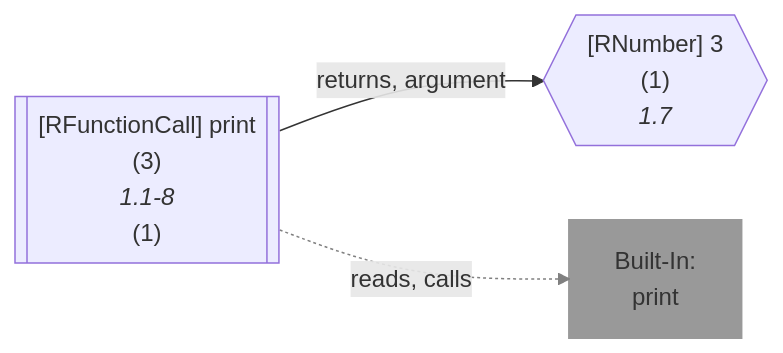
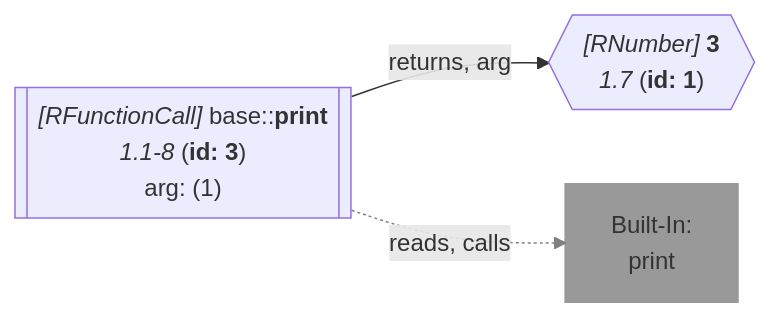
Before and after one commit to flowr-analysis/flowr: diagram 16 of 23 in wiki/Control Flow Graph.md, drawn with Mermaid. The commit also changed other lines of this file and 228 other files, not shown here.

````diff
--- a/wiki/Control Flow Graph.md
+++ b/wiki/Control Flow Graph.md
@@ -1037,17 +1037,15 @@
 ```mermaid
 flowchart LR
-    1{{"`#91;RNumber#93; 3
-      (1)
-      *1.7*`"}}
+    1{{"`*#91;RNumber#93;* **3**
+      *1.7* (**id: 1**)`"}}
    %% No edges found for 1
-    3[["`#91;RFunctionCall#93; print
-      (3)
-      *1.1-8*
-    (1)`"]]
+    3[["`*#91;RFunctionCall#93;* base#58;#58;**print**
+      *1.1-8* (**id: 3**)
+    arg: (1)`"]]
     built-in:print["`Built-In:
 print`"]
     style built-in:print stroke:gray,fill:gray,stroke-width:2px,opacity:.8;
-    3 -->|"returns, argument"| 1
+    3 -->|"returns, arg"| 1
     3 -.->|"reads, calls"| built-in:print
     linkStyle 1 stroke:gray;
 ```
````
